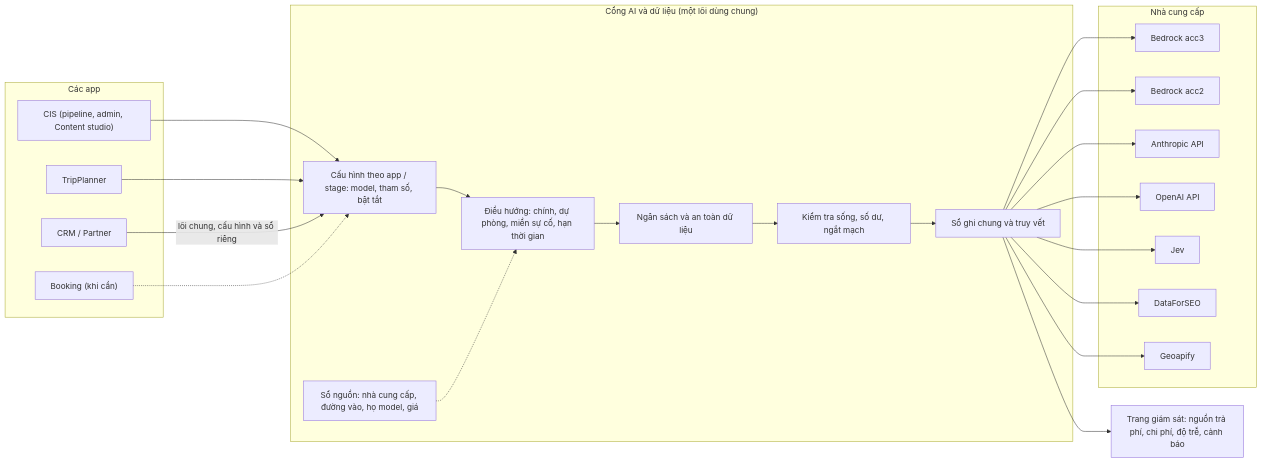
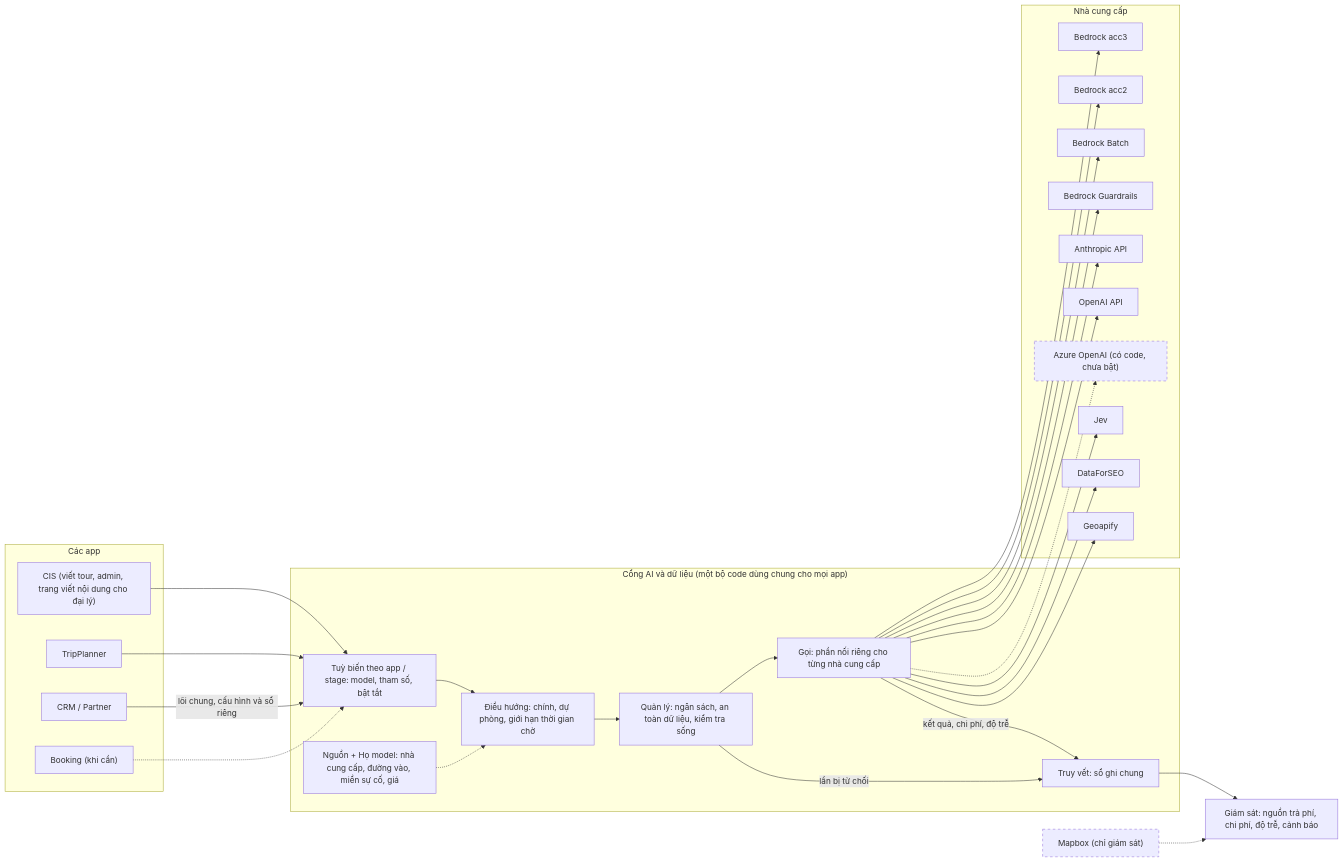
The diagram in docs/audits/2026-10-31-S261-ai-gateway-design-v2/README.md (AdventureAsia365-Ecosys/AA-Ecosys), drawn with Mermaid before and after one commit. The commit also changed other lines of this file and 4 other files, not shown here.

````diff
--- a/docs/audits/2026-10-31-S261-ai-gateway-design-v2/README.md
+++ b/docs/audits/2026-10-31-S261-ai-gateway-design-v2/README.md
@@ -66,34 +74,45 @@
 ```mermaid
 flowchart LR
   subgraph Apps["Các app"]
-    CIS["CIS (pipeline, admin, Content studio)"]
+    CIS["CIS (viết tour, admin, trang viết nội dung cho đại lý)"]
     TP["TripPlanner"]
     CRM["CRM / Partner"]
     BK["Booking (khi cần)"]
   end
-  subgraph GW["Cổng AI và dữ liệu (một lõi dùng chung)"]
-    REG["Sổ nguồn: nhà cung cấp, đường vào, họ model, giá"]
-    CFG["Cấu hình theo app / stage: model, tham số, bật tắt"]
-    RT["Điều hướng: chính, dự phòng, miền sự cố, hạn thời gian"]
-    POL["Ngân sách và an toàn dữ liệu"]
-    HL["Kiểm tra sống, số dư, ngắt mạch"]
-    LOG["Sổ ghi chung và truy vết"]
+  subgraph GW["Cổng AI và dữ liệu (một bộ code dùng chung cho mọi app)"]
+    CFG["Tuỳ biến theo app / stage: model, tham số, bật tắt"]
+    REG["Nguồn + Họ model: nhà cung cấp, đường vào, miền sự cố, giá"]
+    RT["Điều hướng: chính, dự phòng, giới hạn thời gian chờ"]
+    POL["Quản lý: ngân sách, an toàn dữ liệu, kiểm tra sống"]
+    CALL["Gọi: phần nối riêng cho từng nhà cung cấp"]
+    LOG["Truy vết: sổ ghi chung"]
   end
   subgraph P["Nhà cung cấp"]
     B3["Bedrock acc3"]
     B2["Bedrock acc2"]
+    BB["Bedrock Batch"]
+    GR["Bedrock Guardrails"]
     AN["Anthropic API"]
     OA["OpenAI API"]
+    AZ["Azure OpenAI (có code, chưa bật)"]
     JEV["Jev"]
     DFS["DataForSEO"]
     GEO["Geoapify"]
   end
+  MON["Giám sát: nguồn trả phí, chi phí, độ trễ, cảnh báo"]
+  MB["Mapbox (chỉ giám sát)"]
   CIS --> CFG
   TP --> CFG
   CRM -->|"lõi chung, cấu hình và sổ riêng"| CFG
   BK -.-> CFG
-  CFG --> RT --> POL --> HL --> LOG
+  CFG --> RT --> POL --> CALL
   REG -.-> RT
-  LOG --> B3 & B2 & AN & OA & JEV & DFS & GEO
-  LOG --> MON["Trang giám sát: nguồn trả phí, chi phí, độ trễ, cảnh báo"]
+  CALL --> B3 & B2 & BB & GR & AN & OA & JEV & DFS & GEO
+  CALL -.-> AZ
+  CALL -->|"kết quả, chi phí, độ trễ"| LOG
+  POL -->|"lần bị từ chối"| LOG
+  LOG --> MON
+  MB -.-> MON
+  classDef dashed stroke-dasharray: 5 5
+  class AZ,MB dashed
 ```
````
